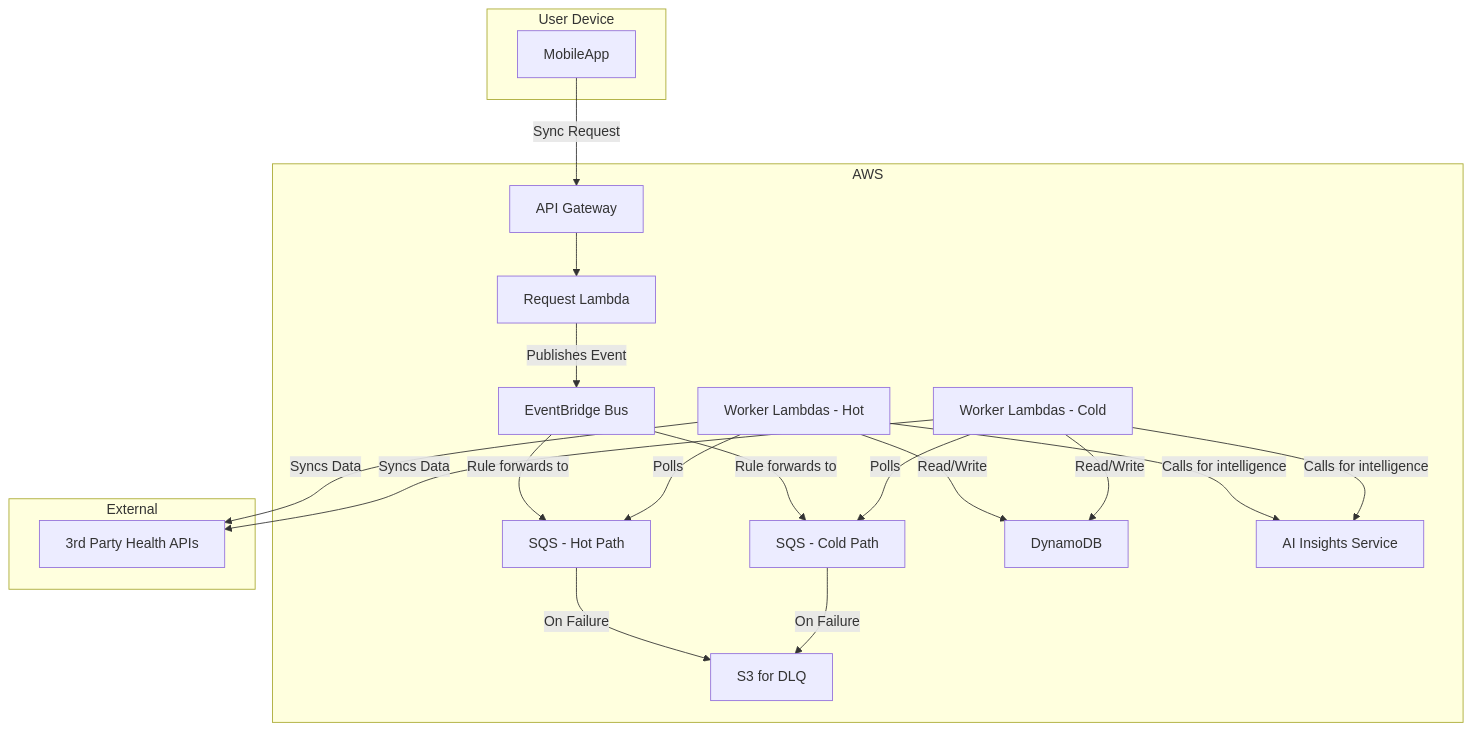
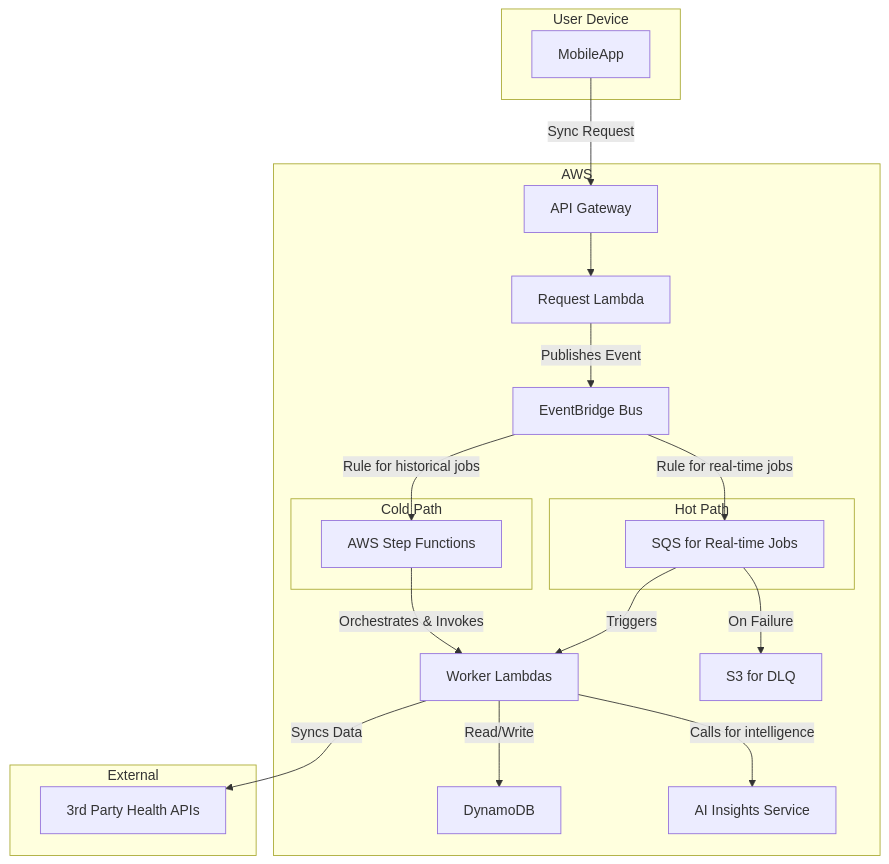
Before and after one commit to dino10bit/healthsync: the first of 3 diagrams in 05-data-sync.md, drawn with Mermaid. The commit also changed other lines of this file and 3 other files, not shown here.

First line of the commit message:
refactor: Resolve findings from technical architecture review

````diff
--- a/05-data-sync.md
+++ b/05-data-sync.md
@@ -103,37 +120,42 @@
 ```mermaid
 graph TD
     subgraph User Device
         MobileApp
     end
     subgraph AWS
         APIGateway[API Gateway]
         RequestLambda[Request Lambda]
         EventBridge[EventBridge Bus]
-        HotQueue[SQS - Hot Path]
-        ColdQueue[SQS - Cold Path]
-        HotWorkers[Worker Lambdas - Hot]
-        ColdWorkers[Worker Lambdas - Cold]
+
+        subgraph "Hot Path"
+            HotQueue[SQS for Real-time Jobs]
+        end
+
+        subgraph "Cold Path"
+            HistoricalOrchestrator[AWS Step Functions]
+        end
+
+        WorkerLambdas[Worker Lambdas]
         DynamoDB[DynamoDB]
         DLQ_S3[S3 for DLQ]
         AI_Service[AI Insights Service]
     end
     subgraph External
         ThirdPartyAPIs[3rd Party Health APIs]
     end
 
     MobileApp -- Sync Request --> APIGateway
     APIGateway --> RequestLambda
     RequestLambda -- Publishes Event --> EventBridge
-    EventBridge -- Rule forwards to --> HotQueue
-    EventBridge -- Rule forwards to --> ColdQueue
-    HotWorkers -- Polls --> HotQueue
-    ColdWorkers -- Polls --> ColdQueue
-    HotWorkers -- Read/Write --> DynamoDB
-    ColdWorkers -- Read/Write --> DynamoDB
-    HotWorkers -- Syncs Data --> ThirdPartyAPIs
-    ColdWorkers -- Syncs Data --> ThirdPartyAPIs
-    HotWorkers -- Calls for intelligence --> AI_Service
-    ColdWorkers -- Calls for intelligence --> AI_Service
+
+    EventBridge -- "Rule for real-time jobs" --> HotQueue
+    HotQueue -- Triggers --> WorkerLambdas
+
+    EventBridge -- "Rule for historical jobs" --> HistoricalOrchestrator
+    HistoricalOrchestrator -- Orchestrates & Invokes --> WorkerLambdas
+
+    WorkerLambdas -- Read/Write --> DynamoDB
+    WorkerLambdas -- Syncs Data --> ThirdPartyAPIs
+    WorkerLambdas -- Calls for intelligence --> AI_Service
     HotQueue -- On Failure --> DLQ_S3
-    ColdQueue -- On Failure --> DLQ_S3
 ```
````
